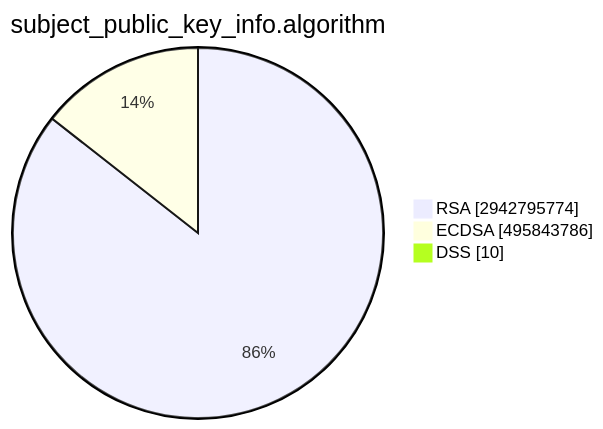
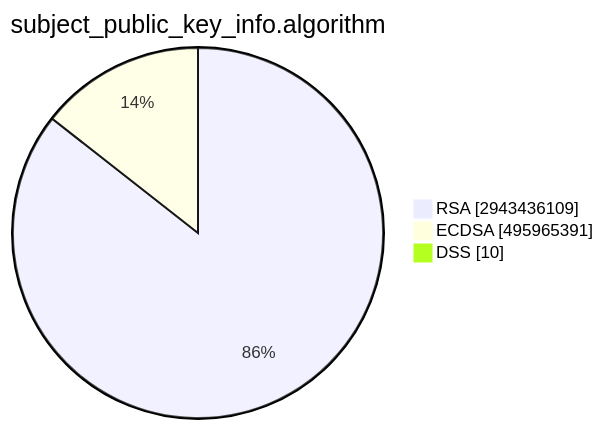
The second of 15 diagrams in TOTAL/README.md (christiankrug/ctmonitor_visualization), drawn with Mermaid before and after one commit. The commit also changed other lines of this file, not shown here.

````diff
--- a/TOTAL/README.md
+++ b/TOTAL/README.md
@@ -6,7 +6,7 @@
 ```mermaid
 pie showData
 title subject_public_key_info.algorithm
-"RSA" :2942795774
-"ECDSA" :495843786
+"RSA" :2943436109
+"ECDSA" :495965391
 "DSS" :10
 ```
````
